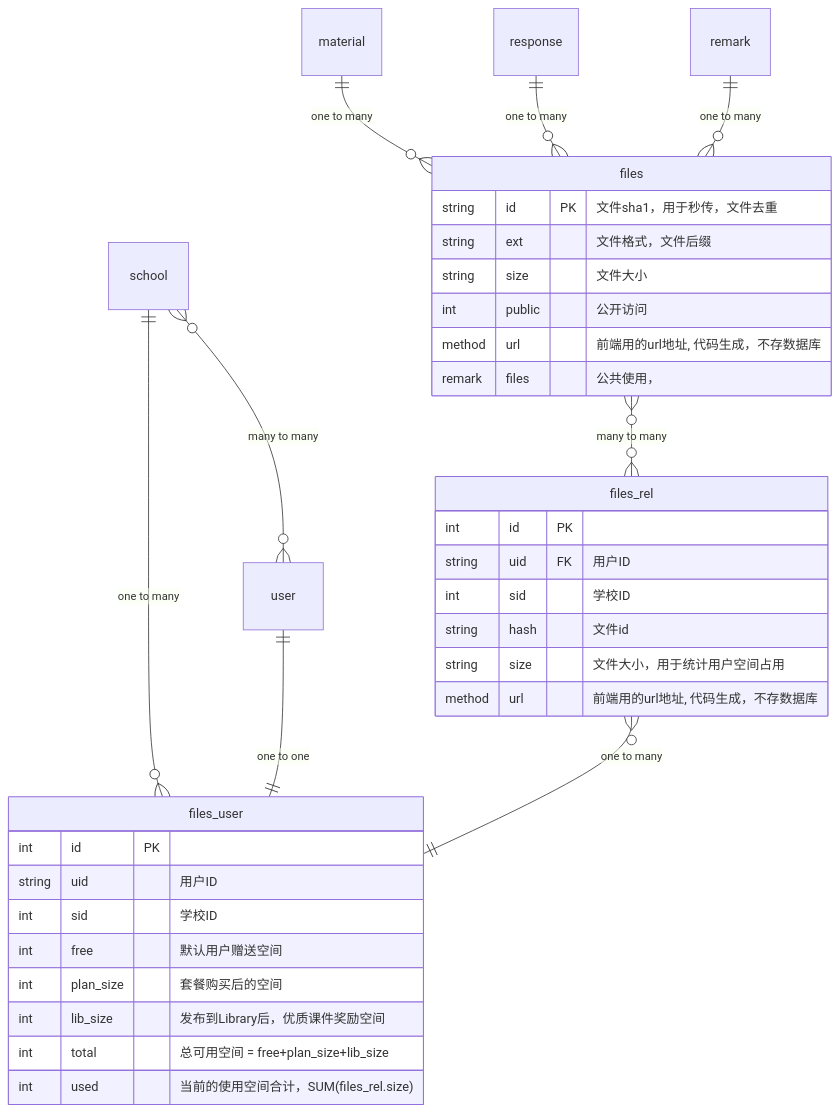
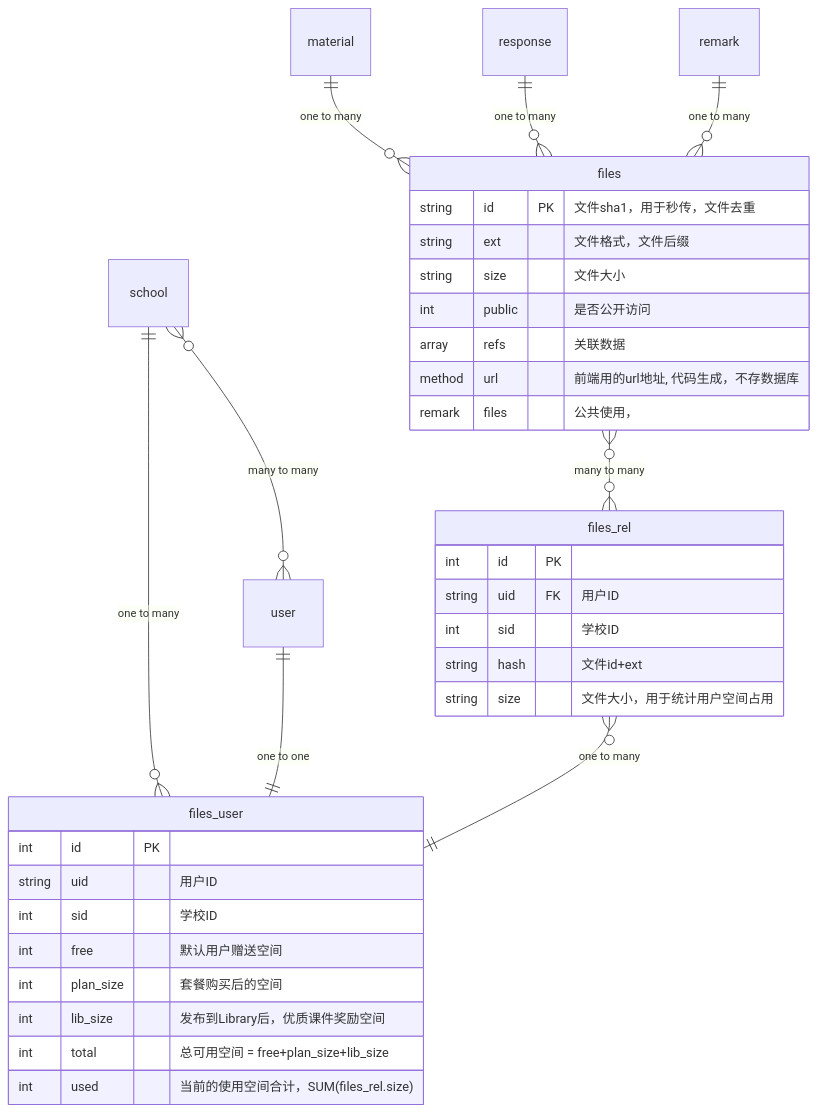
Before and after one commit to zran-nz/doc: the second of 2 diagrams in main/files.md, drawn with Mermaid. The commit also changed other lines of this file and 5 other files, not shown here.

````diff
--- a/main/files.md
+++ b/main/files.md
@@ -3,42 +29,42 @@
 ```mermaid
 erDiagram
 
 school }o--o{ user : "many to many"
 school ||--o{ files_user : "one to many"
 user ||--|| files_user : "one to one"
 files }o--o{ files_rel : "many to many"
 files_rel }o--|| files_user : "one to many"
 material ||--o{ files : "one to many"
 response ||--o{ files : "one to many"
 remark ||--o{ files : "one to many"
 
 files {
   string id PK "文件sha1，用于秒传，文件去重"
   string ext "文件格式，文件后缀"
   string size "文件大小"
-  int public "公开访问"
+  int public "是否公开访问"
+  array refs "关联数据"
   method url "前端用的url地址, 代码生成，不存数据库"
   remark files "公共使用，"
 }
 
 files_rel {
   int id PK
   string uid FK "用户ID"
   int sid "学校ID"
-  string hash "文件id"
+  string hash "文件id+ext"
   string size "文件大小，用于统计用户空间占用"
-  method url "前端用的url地址, 代码生成，不存数据库"
 }
 files_user {
   int id PK ""
   string uid "用户ID"
   int sid "学校ID"
   int free "默认用户赠送空间"
   int plan_size "套餐购买后的空间"
   int lib_size "发布到Library后，优质课件奖励空间"
   int total "总可用空间 = free+plan_size+lib_size"
   int used "当前的使用空间合计，SUM(files_rel.size)"
 }
 
 
 ```
````
